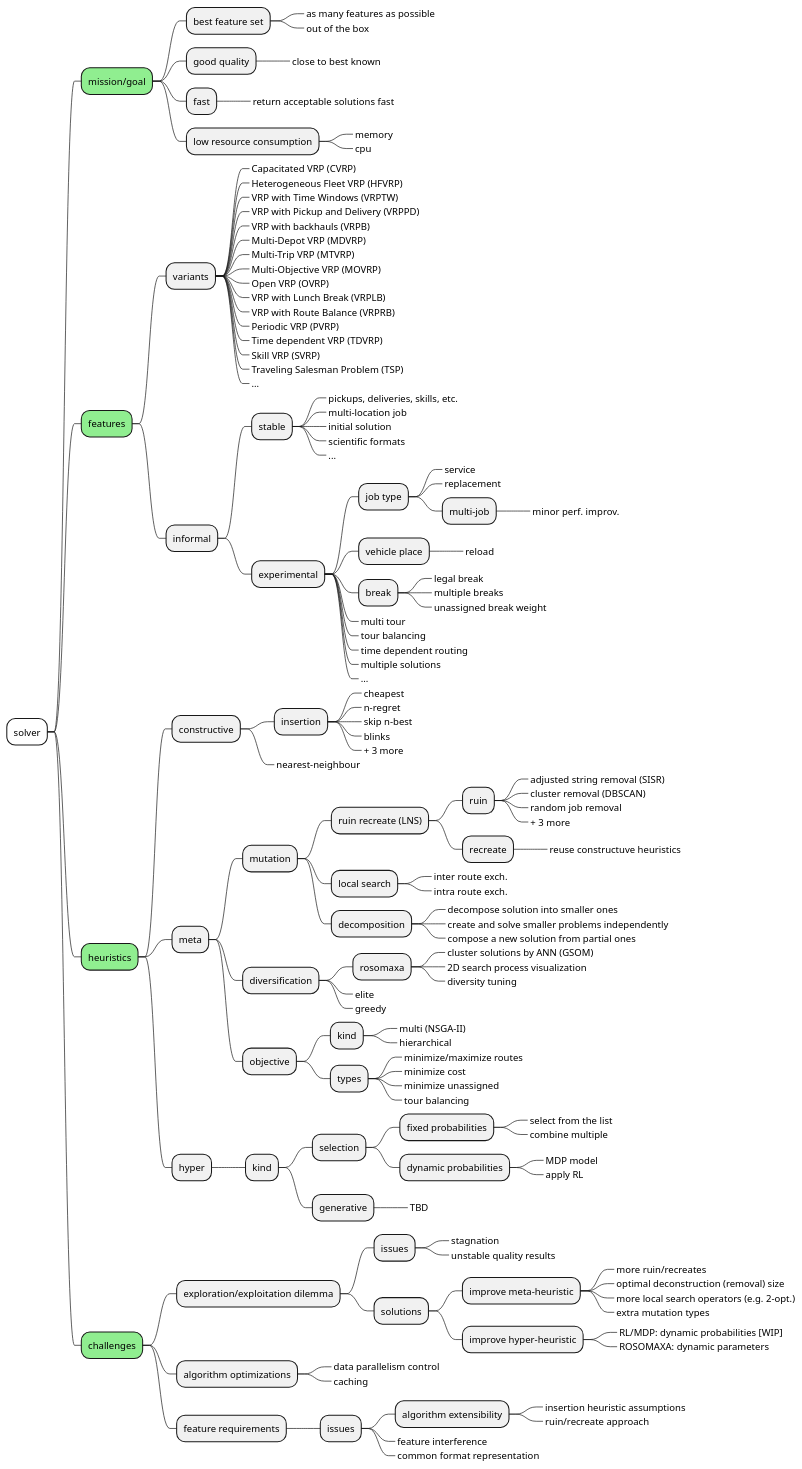
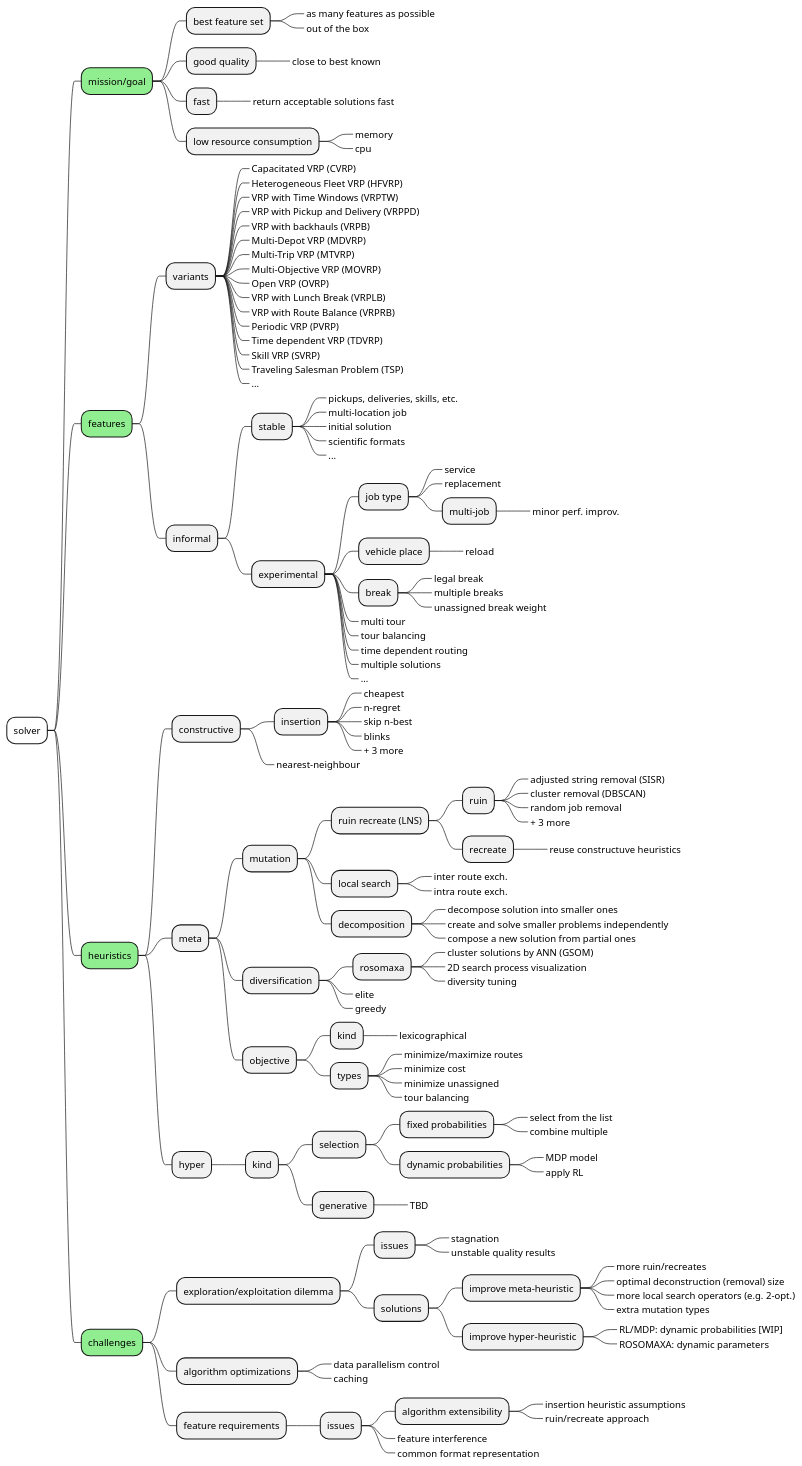
The diagram in docs/src/internals/overview.md (reinterpretcat/vrp), drawn with PlantUML before and after one commit. The commit also changed 51 other files, not shown here.

```diff
--- a/docs/src/internals/overview.md
+++ b/docs/src/internals/overview.md
@@ -113,8 +113,7 @@
 
    * objective
     * kind
-     *_ multi (NSGA-II)
-     *_ hierarchical
+     *_ lexicographical
     * types
      *_ minimize/maximize routes
      *_ minimize cost
```
